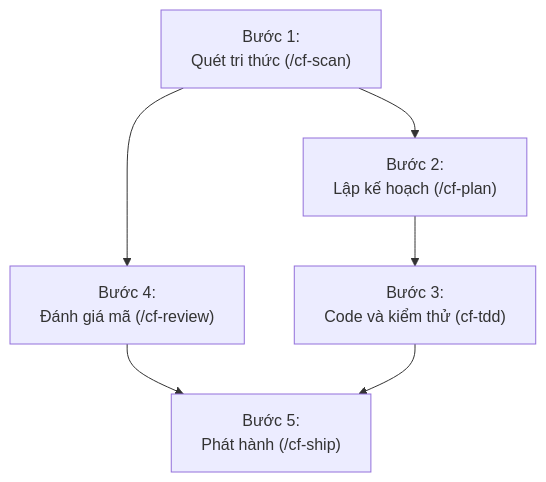
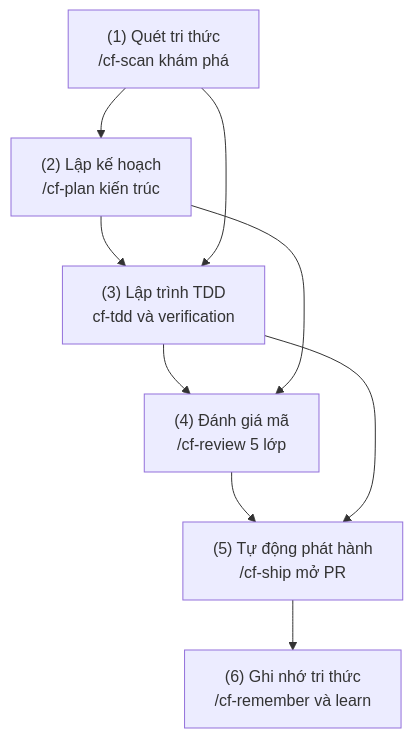
Before and after one commit to nguyengoctin/my_website: the first of 6 diagrams in content/posts/toan-tap-coding-friend-ai-engineering.md, drawn with Mermaid. The commit also changed other lines of this file and 34 other files, not shown here.

````diff
--- a/content/posts/toan-tap-coding-friend-ai-engineering.md
+++ b/content/posts/toan-tap-coding-friend-ai-engineering.md
@@ -43,13 +43,17 @@
 ```mermaid
 flowchart TD
-    Scan["`Bước 1:<br/>Quét tri thức (/cf-scan)`"]
-    Plan["`Bước 2:<br/>Lập kế hoạch (/cf-plan)`"]
-    Review["`Bước 4:<br/>Đánh giá mã (/cf-review)`"]
-    Code["`Bước 3:<br/>Code và kiểm thử (cf-tdd)`"]
-    Ship["`Bước 5:<br/>Phát hành (/cf-ship)`"]
+    Scan["(1) Quét tri thức<br/>/cf-scan khám phá"]
+    Plan["(2) Lập kế hoạch<br/>/cf-plan kiến trúc"]
+    Code["(3) Lập trình TDD<br/>cf-tdd và verification"]
+    Review["(4) Đánh giá mã<br/>/cf-review 5 lớp"]
+    Ship["(5) Tự động phát hành<br/>/cf-ship mở PR"]
+    Learn["(6) Ghi nhớ tri thức<br/>/cf-remember và learn"]
     Scan --> Plan
-    Scan --> Review
     Plan --> Code
+    Code --> Review
     Review --> Ship
+    Ship --> Learn
+    Scan --> Code
+    Plan --> Review
     Code --> Ship
 ```
````
